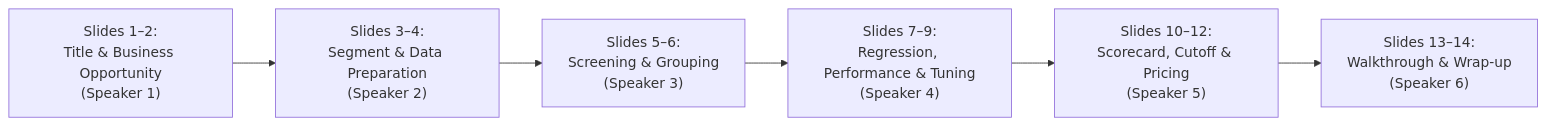
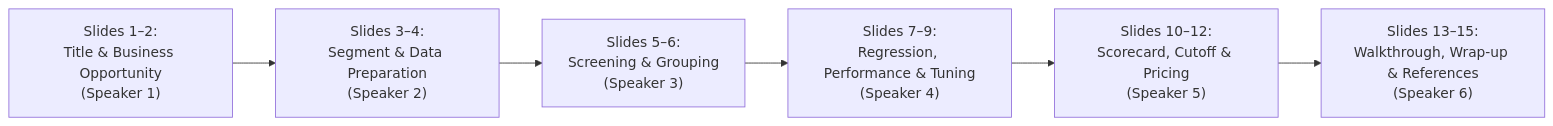
One commit to AmateurMadman/is453-group7-credit-scorecard changed the second of 2 diagrams in IS453_Group_7_Combined_Notebook_Writeup.md. Above: the diagram before and after it, drawn with Mermaid. The commit also changed other lines of this file and 2 other files, not shown here.

````diff
--- a/IS453_Group_7_Combined_Notebook_Writeup.md
+++ b/IS453_Group_7_Combined_Notebook_Writeup.md
@@ -586,8 +760,8 @@
 ```mermaid
 flowchart LR
     S1["Slides 1–2:<br>Title & Business Opportunity<br>(Speaker 1)"] --> S2["Slides 3–4:<br>Segment & Data Preparation<br>(Speaker 2)"]
     S2 --> S3["Slides 5–6:<br>Screening & Grouping<br>(Speaker 3)"]
     S3 --> S4["Slides 7–9:<br>Regression, Performance & Tuning<br>(Speaker 4)"]
     S4 --> S5["Slides 10–12:<br>Scorecard, Cutoff & Pricing<br>(Speaker 5)"]
-    S5 --> S6["Slides 13–14:<br>Walkthrough & Wrap-up<br>(Speaker 6)"]
+    S5 --> S6["Slides 13–15:<br>Walkthrough, Wrap-up & References<br>(Speaker 6)"]
 ```
````
